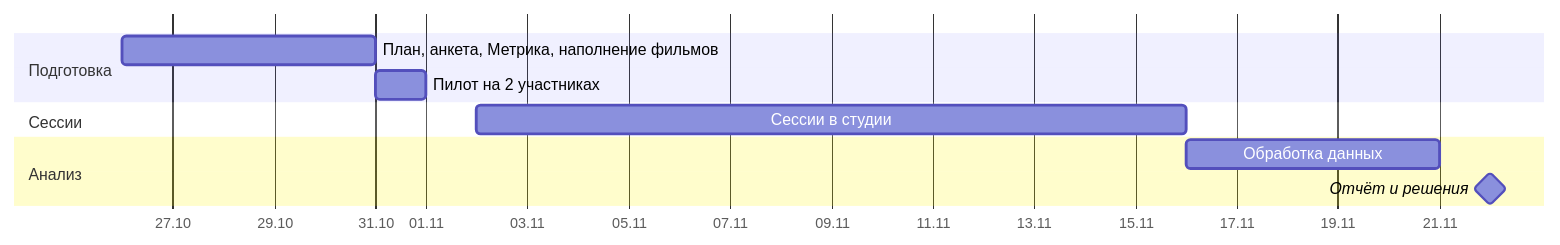
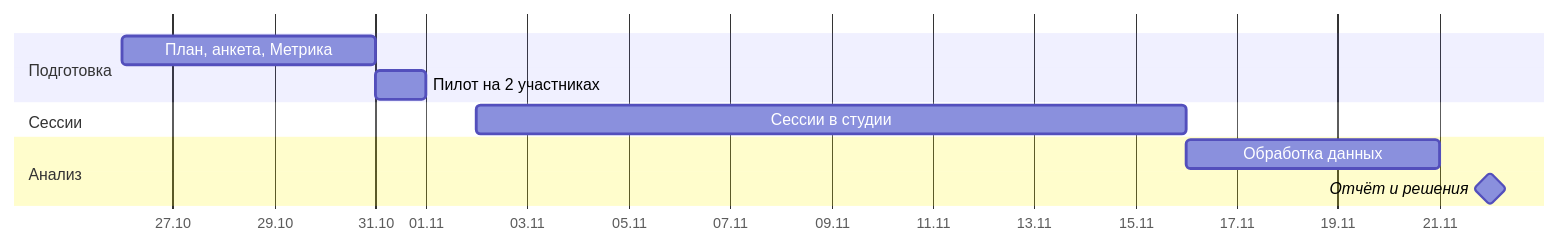
The diagram in docs/09-research/focus-groups-rating.md (SaTayouNy/EchoWeb), drawn with Mermaid before and after one commit. The commit also changed other lines of this file and 3 other files, not shown here.

````diff
--- a/docs/09-research/focus-groups-rating.md
+++ b/docs/09-research/focus-groups-rating.md
@@ -172,13 +169,13 @@
 ```mermaid
 gantt
     dateFormat YYYY-MM-DD
     axisFormat %d.%m
     section Подготовка
-    План, анкета, Метрика, наполнение фильмов :p1, 2026-10-26, 5d
+    План, анкета, Метрика :p1, 2026-10-26, 5d
     Пилот на 2 участниках                     :p2, 2026-10-31, 1d
     section Сессии
     Сессии в студии                           :s1, 2026-11-02, 14d
     section Анализ
     Обработка данных                          :a1, 2026-11-16, 5d
     Отчёт и решения                           :milestone, a2, 2026-11-22, 0d
 ```
````
